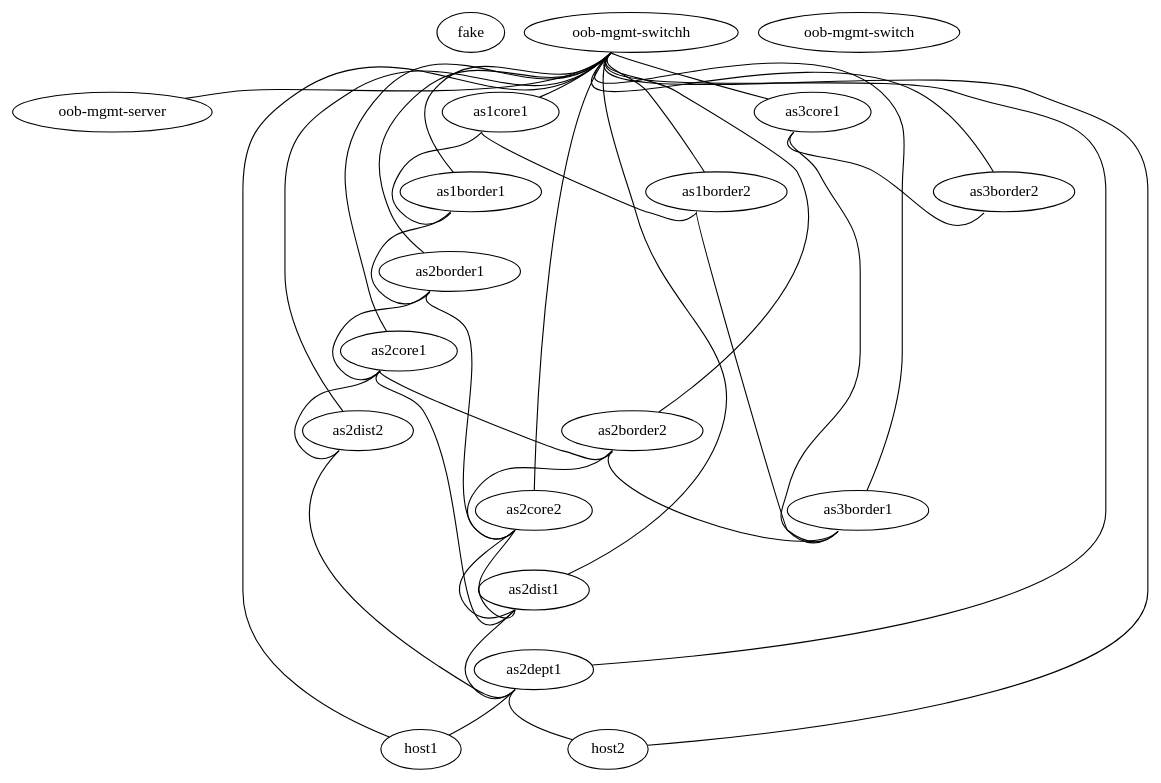
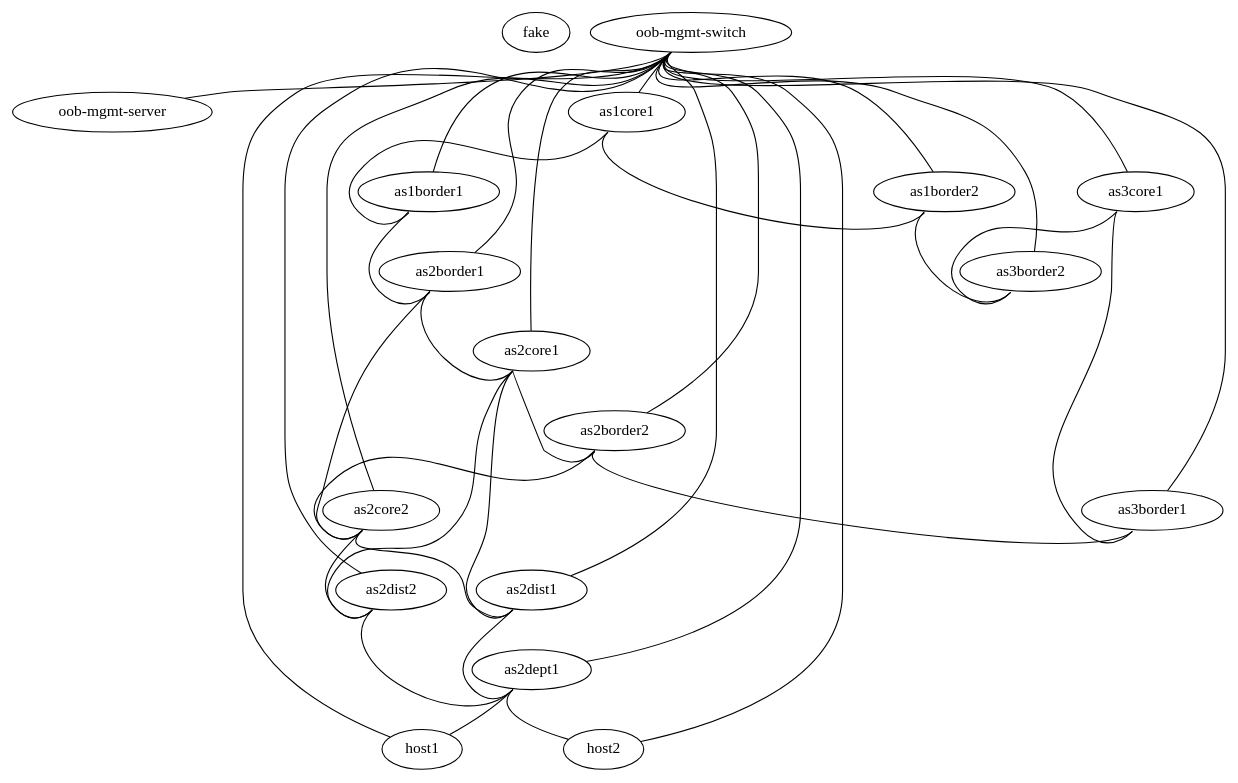
Before and after one commit to MheniMerz/batfish_examples: the diagram in topology.dot, drawn with Graphviz. The commit also changed 1 other file, not shown here.

Commit message:
add topology diagram

```diff
--- a/topology.dot
+++ b/topology.dot
@@ -1,73 +1,72 @@
 graph multiverse_network {
    
    "fake" [function="fake"]
    "oob-mgmt-server"  [function="oob-server" cpu="4" memory="2048"]
    "oob-mgmt-switch"  [function="oob-switch" mgmt_ip="192.168.200.251" ports="64"]
 
    "as1core1" [function="spine"  os="sonic-202012-f6f4c7f4" mgmt_ip="192.168.200.11" ports="32"]
    "as1core1" [function="spine"  os="sonic-202012-f6f4c7f4" mgmt_ip="192.168.200.11" ports="32"]
    "as1border1" [function="leaf"  os="sonic-202012-f6f4c7f4" mgmt_ip="192.168.200.12" ports="32"]
    "as1border2" [function="leaf"  os="sonic-202012-f6f4c7f4" mgmt_ip="192.168.200.13" ports="32"]
 
    "as2core1" [function="spine"  os="sonic-202012-f6f4c7f4" mgmt_ip="192.168.200.21" ports="32"]
    "as2core2" [function="spine"  os="sonic-202012-f6f4c7f4" mgmt_ip="192.168.200.22" ports="32"]
    "as2border1" [function="leaf"  os="sonic-202012-f6f4c7f4" mgmt_ip="192.168.200.23" ports="32"]
    "as2border2" [function="leaf"  os="sonic-202012-f6f4c7f4" mgmt_ip="192.168.200.24" ports="32"]
    "as2dist1" [function="leaf"  os="sonic-202012-f6f4c7f4" mgmt_ip="192.168.200.25" ports="32"]
    "as2dist2" [function="leaf"  os="sonic-202012-f6f4c7f4" mgmt_ip="192.168.200.26" ports="32"]
    "as2dept1" [function="leaf"  os="sonic-202012-f6f4c7f4" mgmt_ip="192.168.200.27" ports="32"]
    "host1" [function="host"  os="generic/ubuntu1804" mgmt_ip="192.168.200.28" ports="32"]
    "host2" [function="host"  os="generic/ubuntu1804" mgmt_ip="192.168.200.29" ports="32"]
 
    "as3core1" [function="leaf"  os="sonic-202012-f6f4c7f4" mgmt_ip="192.168.200.31" ports="32"]
    "as3border1" [function="leaf"  os="sonic-202012-f6f4c7f4" mgmt_ip="192.168.200.32" ports="32"]
    "as3border2" [function="leaf"  os="sonic-202012-f6f4c7f4" mgmt_ip="192.168.200.33" ports="32"]
 
    "as1core1":"swp1" -- "as1border1":"swp1"
    "as1core1":"swp2" -- "as1border2":"swp1"
 
    "as1border1":"swp2" -- "as2border1":"swp1"
 
-   "as1border2":"swp2" -- "as3border1":"swp1"
+   "as1border2":"swp2" -- "as3border2":"swp2"
 
    "as2border1":"swp2" -- "as2core1":"swp1"
    "as2border1":"swp3" -- "as2core2":"swp1"
+   
+   "as2border2":"swp1" -- "as3border1":"swp2"
+   "as2border2":"swp3" -- "as2core2":"swp2"
 
    "as2core1":"swp2" -- "as2border2":"swp2"
    "as2core1":"swp3" -- "as2dist1":"swp1"
    "as2core1":"swp4" -- "as2dist2":"swp1"
+   
+   "as2core2":"swp3" -- "as2dist1":"swp2"
+   "as2core2":"swp4" -- "as2dist2":"swp2"
 
-   "as2dist1":"swp2" -- "as2core2":"swp2"
    "as2dist1":"swp3" -- "as2dept1":"swp1"
- 
-   "as2border2":"swp1" -- "as3border1":"swp2"
-   "as2border2":"swp3" -- "as2core2":"swp2"
-
-   "as2core2":"swp3" -- "as2dist1":"swp2"
-
    "as2dist2":"swp3" -- "as2dept1":"swp2"
 
    "as2dept1":"swp3" -- "host1":"eth1"
    "as2dept1":"swp4" -- "host2":"eth1"
 
    "as3core1":"swp1" -- "as3border1":"swp1"
    "as3core1":"swp2" -- "as3border2":"swp1"
 
-   "oob-mgmt-switchh":"swp1" -- "oob-mgmt-server":"eth0"
-   "oob-mgmt-switchh":"swp2" -- "as1core1":"eth0"
-   "oob-mgmt-switchh":"swp3" -- "as1border1":"eth0"
-   "oob-mgmt-switchh":"swp4" -- "as1border2":"eth0"
-   "oob-mgmt-switchh":"swp5" -- "as2core1":"eth0"
-   "oob-mgmt-switchh":"swp6" -- "as2core2":"eth0"
-   "oob-mgmt-switchh":"swp7" -- "as2border1":"eth0"
-   "oob-mgmt-switchh":"swp8" -- "as2border2":"eth0"
-   "oob-mgmt-switchh":"swp9" -- "as2dist1":"eth0"
-   "oob-mgmt-switchh":"swp10" -- "as2dist2":"eth0"
-   "oob-mgmt-switchh":"swp11" -- "as2dept1":"eth0"
-   "oob-mgmt-switchh":"swp12" -- "as3core1":"eth0"
-   "oob-mgmt-switchh":"swp13" -- "as3border1":"eth0"
-   "oob-mgmt-switchh":"swp14" -- "as3border2":"eth0"
-   "oob-mgmt-switchh":"swp15" -- "host1":"eth0"
-   "oob-mgmt-switchh":"swp16" -- "host2":"eth0"
+   "oob-mgmt-switch":"swp1" -- "oob-mgmt-server":"eth0"
+   "oob-mgmt-switch":"swp2" -- "as1core1":"eth0"
+   "oob-mgmt-switch":"swp3" -- "as1border1":"eth0"
+   "oob-mgmt-switch":"swp4" -- "as1border2":"eth0"
+   "oob-mgmt-switch":"swp5" -- "as2core1":"eth0"
+   "oob-mgmt-switch":"swp6" -- "as2core2":"eth0"
+   "oob-mgmt-switch":"swp7" -- "as2border1":"eth0"
+   "oob-mgmt-switch":"swp8" -- "as2border2":"eth0"
+   "oob-mgmt-switch":"swp9" -- "as2dist1":"eth0"
+   "oob-mgmt-switch":"swp10" -- "as2dist2":"eth0"
+   "oob-mgmt-switch":"swp11" -- "as2dept1":"eth0"
+   "oob-mgmt-switch":"swp12" -- "as3core1":"eth0"
+   "oob-mgmt-switch":"swp13" -- "as3border1":"eth0"
+   "oob-mgmt-switch":"swp14" -- "as3border2":"eth0"
+   "oob-mgmt-switch":"swp15" -- "host1":"eth0"
+   "oob-mgmt-switch":"swp16" -- "host2":"eth0"
 
 }
```
